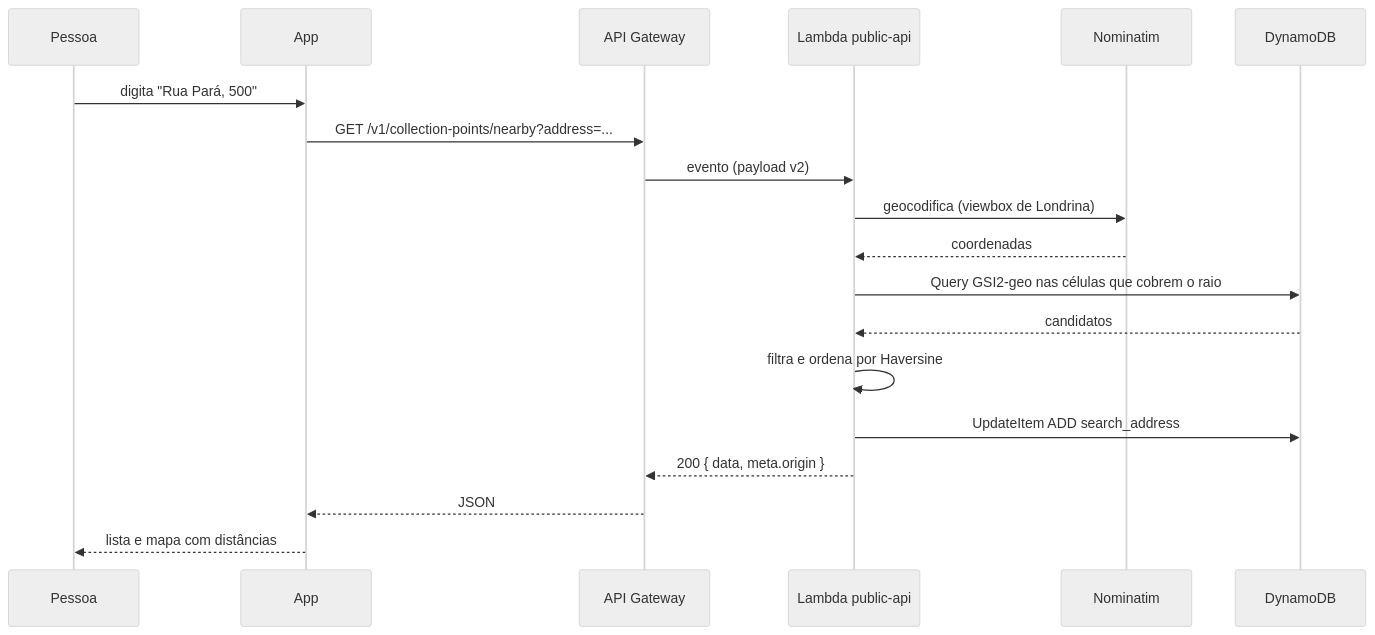
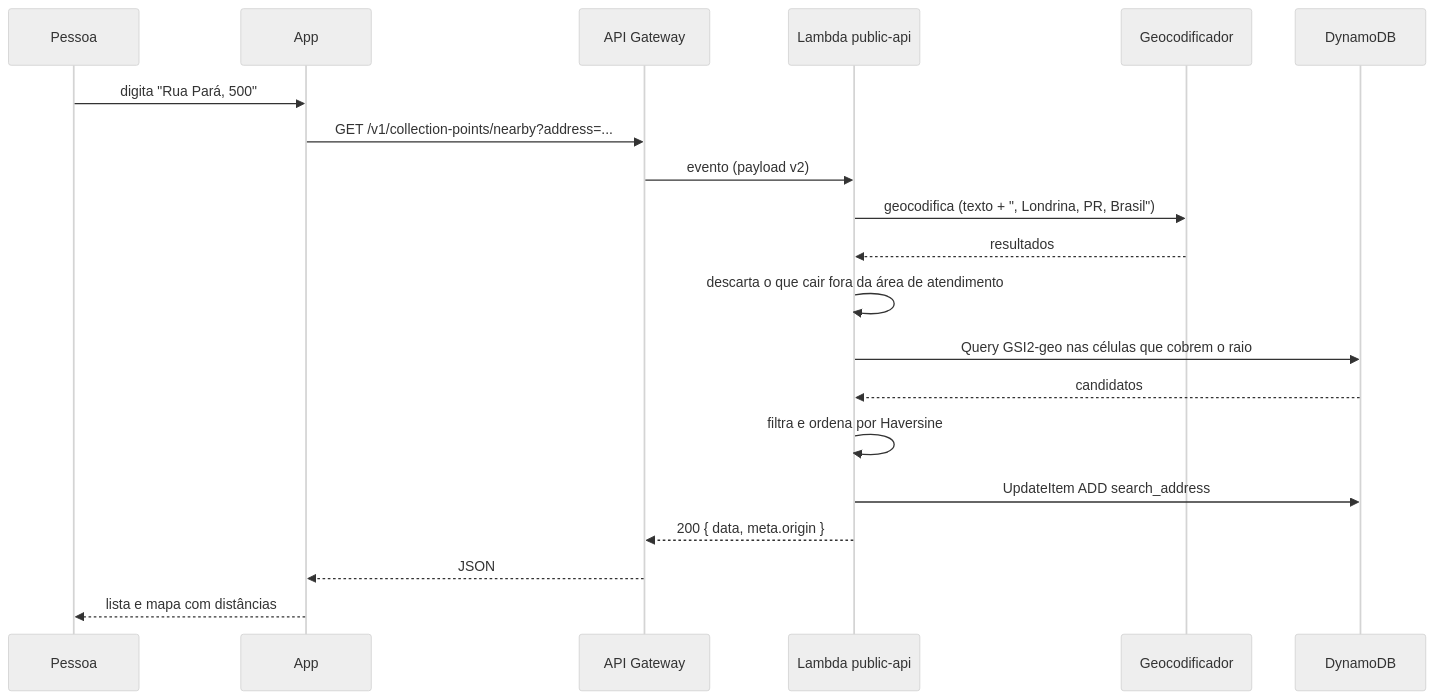
One commit to Sagan42/PontoColetaApp changed the fourth of 4 diagrams in docs/architecture.md. Above: the diagram before and after it, drawn with Mermaid (neutral theme). The commit also changed other lines of this file and 13 other files, not shown here.

````diff
--- a/docs/architecture.md
+++ b/docs/architecture.md
@@ -176,22 +183,23 @@
 ```mermaid
 sequenceDiagram
     participant P as Pessoa
     participant A as App
     participant G as API Gateway
     participant L as Lambda public-api
-    participant N as Nominatim
+    participant N as Geocodificador
     participant D as DynamoDB
 
     P->>A: digita "Rua Pará, 500"
     A->>G: GET /v1/collection-points/nearby?address=...
     G->>L: evento (payload v2)
-    L->>N: geocodifica (viewbox de Londrina)
-    N-->>L: coordenadas
+    L->>N: geocodifica (texto + ", Londrina, PR, Brasil")
+    N-->>L: resultados
+    L->>L: descarta o que cair fora da área de atendimento
     L->>D: Query GSI2-geo nas células que cobrem o raio
     D-->>L: candidatos
     L->>L: filtra e ordena por Haversine
     L->>D: UpdateItem ADD search_address
     L-->>G: 200 { data, meta.origin }
     G-->>A: JSON
     A-->>P: lista e mapa com distâncias
 ```
````
